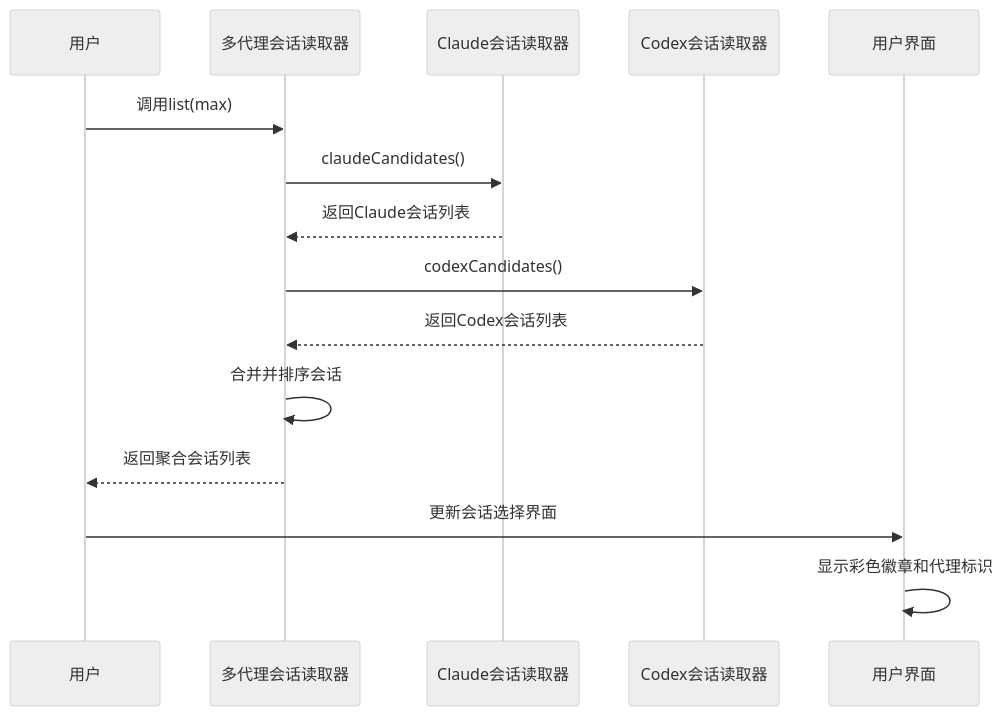
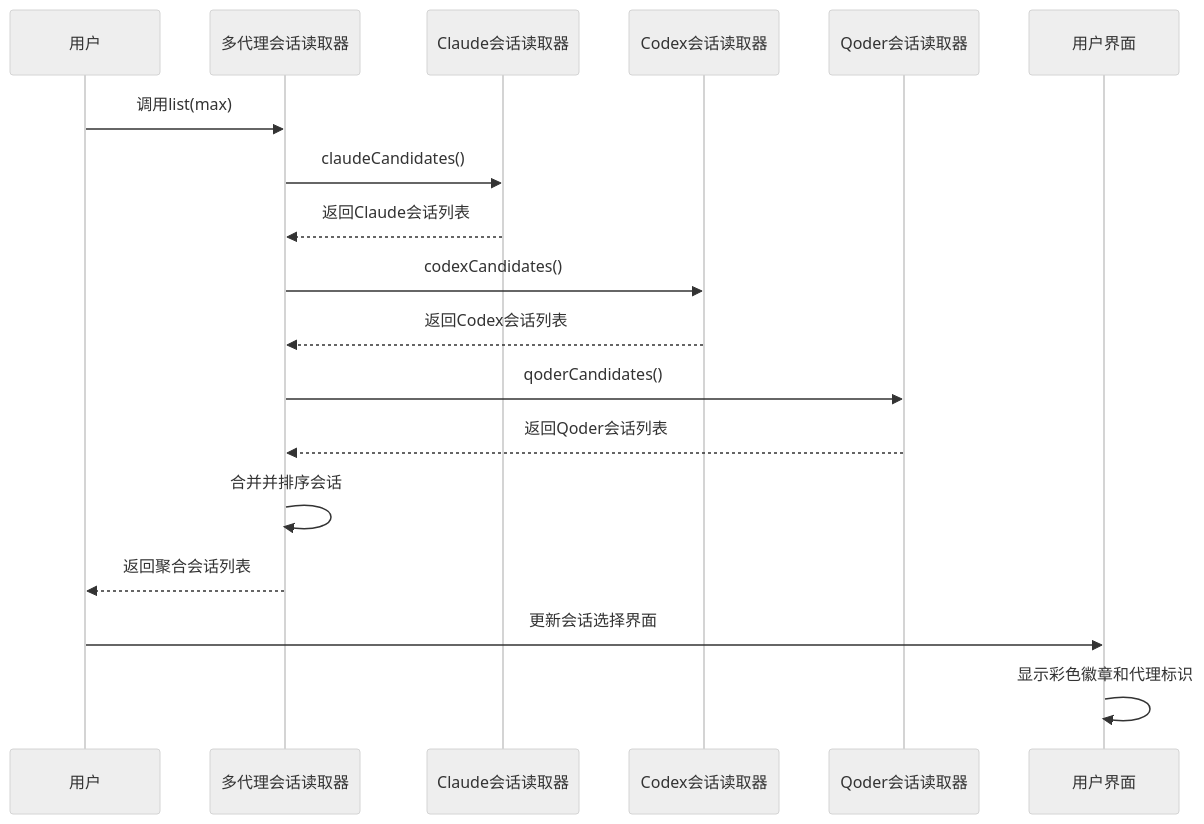
One commit to WyRainBow/PromptCocoPilot changed diagram 15 of 33 in .qoder/repowiki/zh/content/核心架构/会话管理系统.md. Above: the diagram before and after it, drawn with Mermaid (neutral theme). The commit also changed other lines of this file and 134 other files, not shown here.

````diff
--- a/.qoder/repowiki/zh/content/核心架构/会话管理系统.md
+++ b/.qoder/repowiki/zh/content/核心架构/会话管理系统.md
@@ -743,17 +794,20 @@
 ```mermaid
 sequenceDiagram
 participant User as 用户
 participant SessionReader as 多代理会话读取器
 participant ClaudeReader as Claude会话读取器
 participant CodexReader as Codex会话读取器
+participant QoderReader as Qoder会话读取器
 participant UI as 用户界面
 User->>SessionReader : 调用list(max)
 SessionReader->>ClaudeReader : claudeCandidates()
 ClaudeReader-->>SessionReader : 返回Claude会话列表
 SessionReader->>CodexReader : codexCandidates()
 CodexReader-->>SessionReader : 返回Codex会话列表
+SessionReader->>QoderReader : qoderCandidates()
+QoderReader-->>SessionReader : 返回Qoder会话列表
 SessionReader->>SessionReader : 合并并排序会话
 SessionReader-->>User : 返回聚合会话列表
 User->>UI : 更新会话选择界面
 UI->>UI : 显示彩色徽章和代理标识
 ```
````
